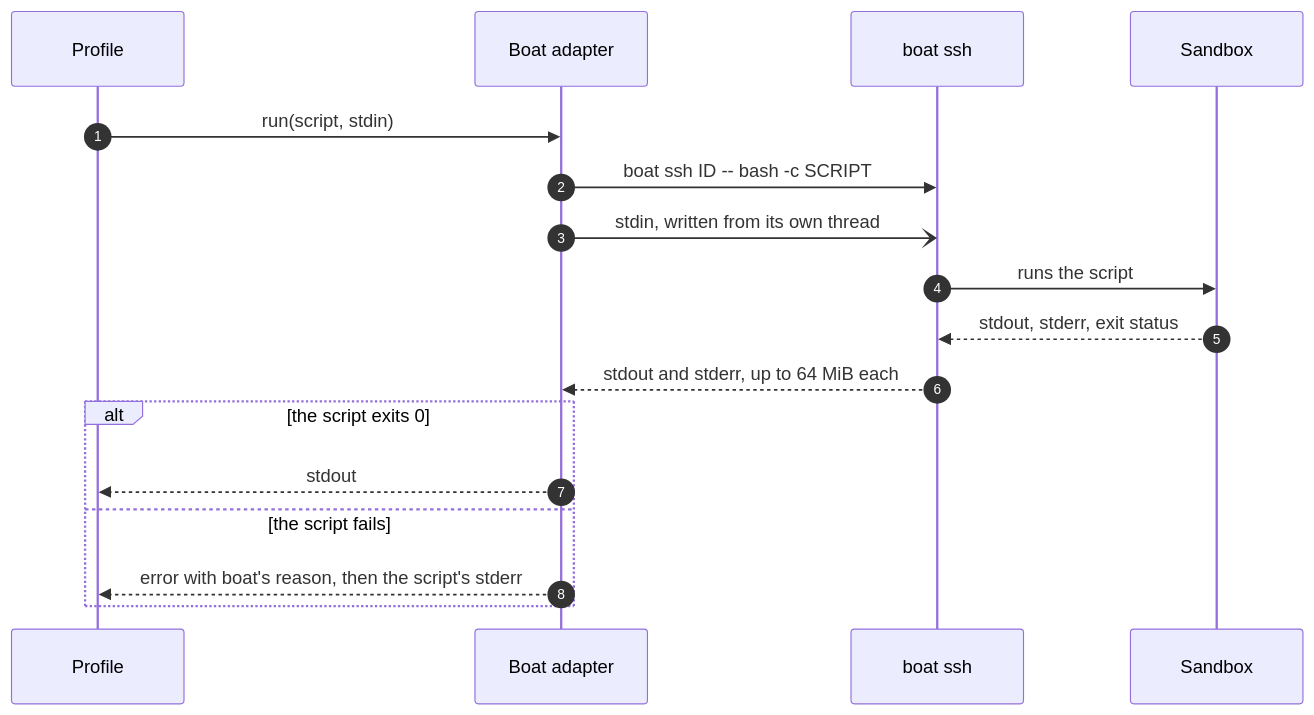
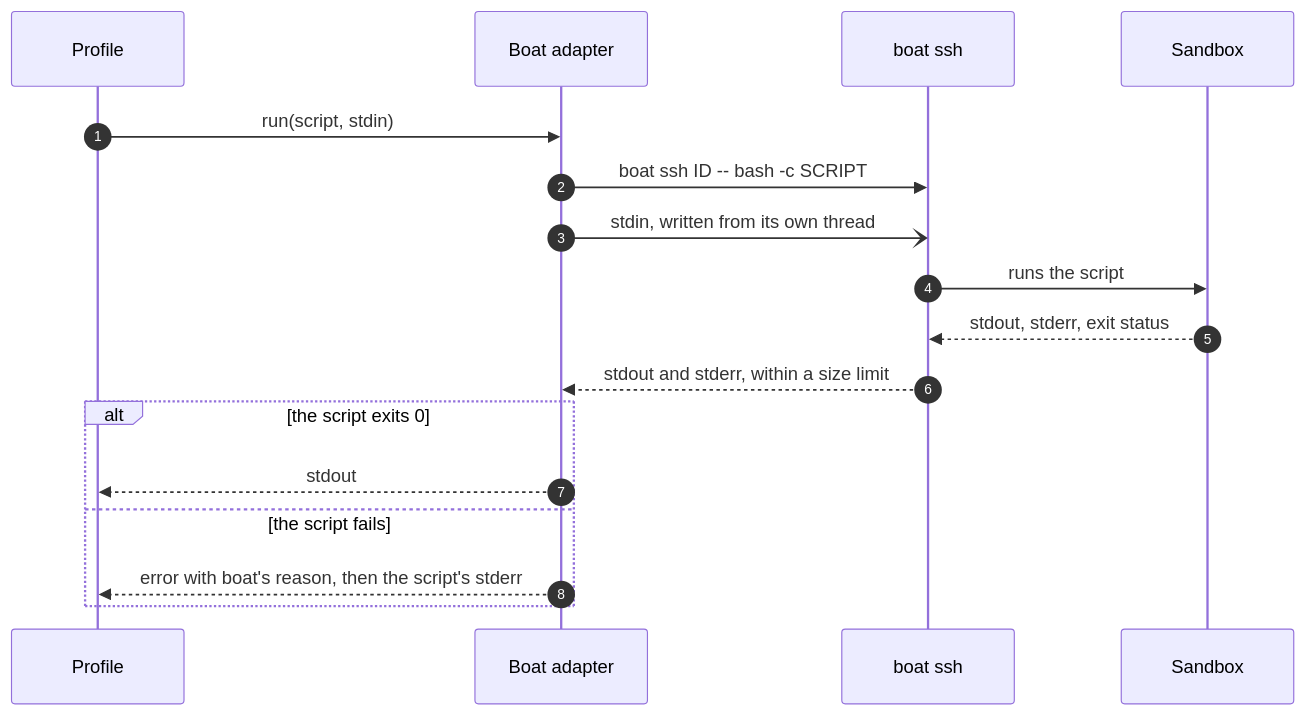
Before and after one commit to NextNodeSolutions/workspace: the fifth of 8 diagrams in docs/providers/boat.md, drawn with Mermaid. The commit also changed other lines of this file and 4 other files, not shown here.

````diff
--- a/docs/providers/boat.md
+++ b/docs/providers/boat.md
@@ -150,19 +137,19 @@
 ```mermaid
 sequenceDiagram
     autonumber
     participant P as Profile
     participant A as Boat adapter
     participant B as boat ssh
     participant S as Sandbox
     P->>A: run(script, stdin)
     A->>B: boat ssh ID -- bash -c SCRIPT
     A-)B: stdin, written from its own thread
     B->>S: runs the script
     S-->>B: stdout, stderr, exit status
-    B-->>A: stdout and stderr, up to 64 MiB each
+    B-->>A: stdout and stderr, within a size limit
     alt the script exits 0
         A-->>P: stdout
     else the script fails
         A-->>P: error with boat's reason, then the script's stderr
     end
 ```
````
